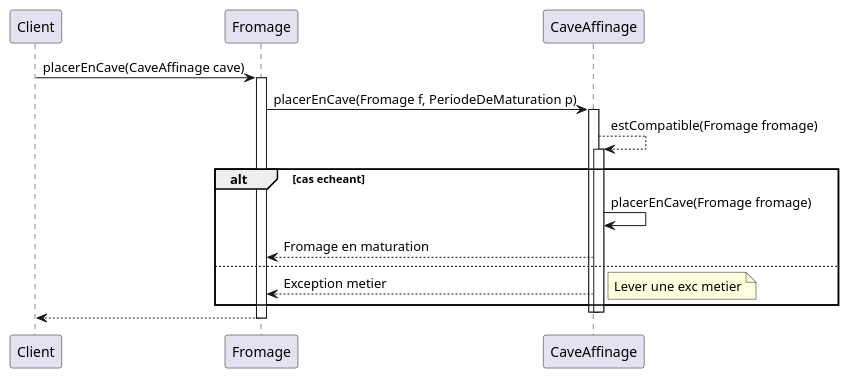
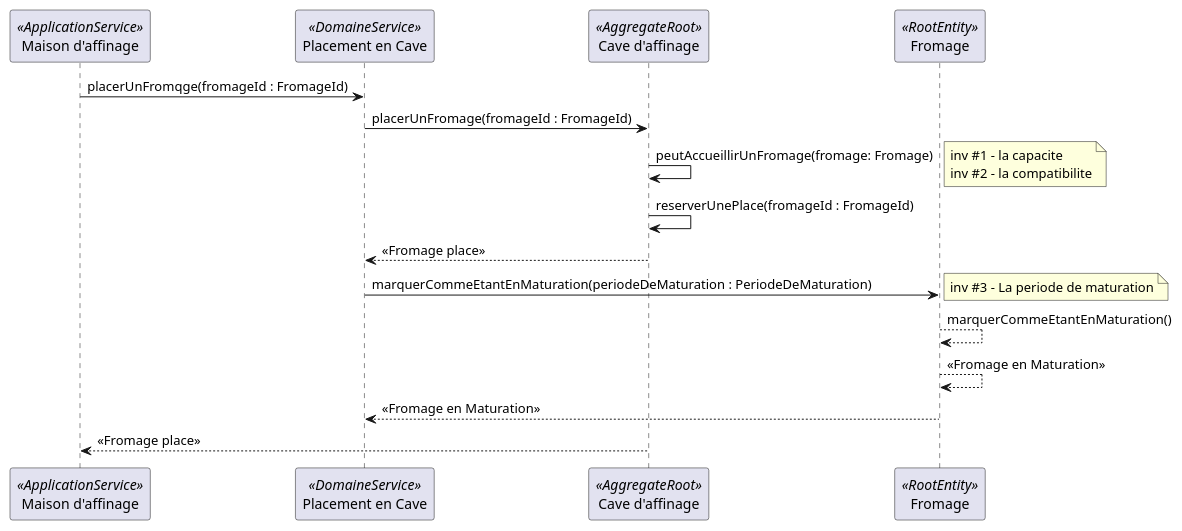
One commit to smgueye/maison-affinage changed the third of 5 diagrams in docs/cas-utilisation/placement-en-cave.md. Above: the diagram before and after it, drawn with PlantUML. The commit also changed other lines of this file and 70 other files, not shown here.

First line of the commit message:
arch(001): Changer l'agrégat racine de Fromage à CaveAffinage

````diff
--- a/docs/cas-utilisation/placement-en-cave.md
+++ b/docs/cas-utilisation/placement-en-cave.md
@@ -41,25 +41,22 @@
 ```plantuml
 @startuml
-Client -> Fromage : placerEnCave(CaveAffinage cave)
+participant "Maison d'affinage" as Maison << ApplicationService >> 
+participant "Placement en Cave" as Service << DomaineService >> 
+participant "Cave d'affinage" as Cave << AggregateRoot >> 
+participant "Fromage" as Fromage << RootEntity >> 
 
-activate Fromage
-    Fromage -> CaveAffinage : placerEnCave(Fromage f, PeriodeDeMaturation p)
-    activate CaveAffinage
-    
-        CaveAffinage --> CaveAffinage : estCompatible(Fromage fromage)
-        activate CaveAffinage
-            alt cas echeant
-                CaveAffinage -> CaveAffinage : placerEnCave(Fromage fromage)
-                CaveAffinage --> Fromage : Fromage en maturation
-            else
-                CaveAffinage --> Fromage : Exception metier
-                note right : Lever une exc metier
-            end
-        deactivate CaveAffinage
+Maison -> Service : placerUnFromqge(fromageId : FromageId)
+Service -> Cave : placerUnFromage(fromageId : FromageId)
+Cave -> Cave : peutAccueillirUnFromage(fromage: Fromage)
+note right : inv #1 - la capacite \ninv #2 - la compatibilite 
+Cave -> Cave : reserverUnePlace(fromageId : FromageId)
+Cave --> Service : <<Fromage place>>
 
-    deactivate CaveAffinage
-    Fromage --> Client
-
-deactivate Fromage
+Service -> Fromage : marquerCommeEtantEnMaturation(periodeDeMaturation : PeriodeDeMaturation)
+note right : inv #3 - La periode de maturation 
+Fromage --> Fromage : marquerCommeEtantEnMaturation()
+Fromage --> Fromage : <<Fromage en Maturation>> 
+Fromage --> Service : <<Fromage en Maturation>> 
+Cave --> Maison : <<Fromage place>>
 @enduml
 ```
````
